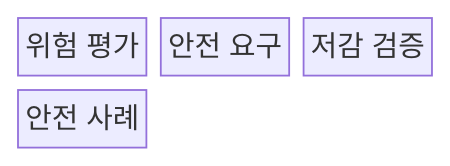
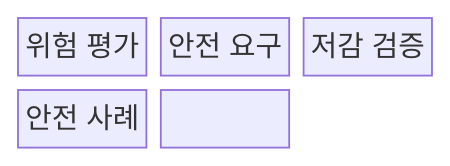
The first of 2 diagrams in src/content/docs/notes/03-software/077_software_safety_gamab_alarp.md (agnusdei1207/knowledge-base), drawn with Mermaid before and after one commit. The commit also changed other lines of this file and 20 other files, not shown here.

````diff
--- a/src/content/docs/notes/03-software/077_software_safety_gamab_alarp.md
+++ b/src/content/docs/notes/03-software/077_software_safety_gamab_alarp.md
@@ -56,8 +61,9 @@
 ```mermaid
-block-beta
+block
   columns 3
   H["위험 평가"]
   R["안전 요구"]
   V["저감 검증"]
   C["안전 사례"]
+  H --> R --> V --> C
 ```
````
